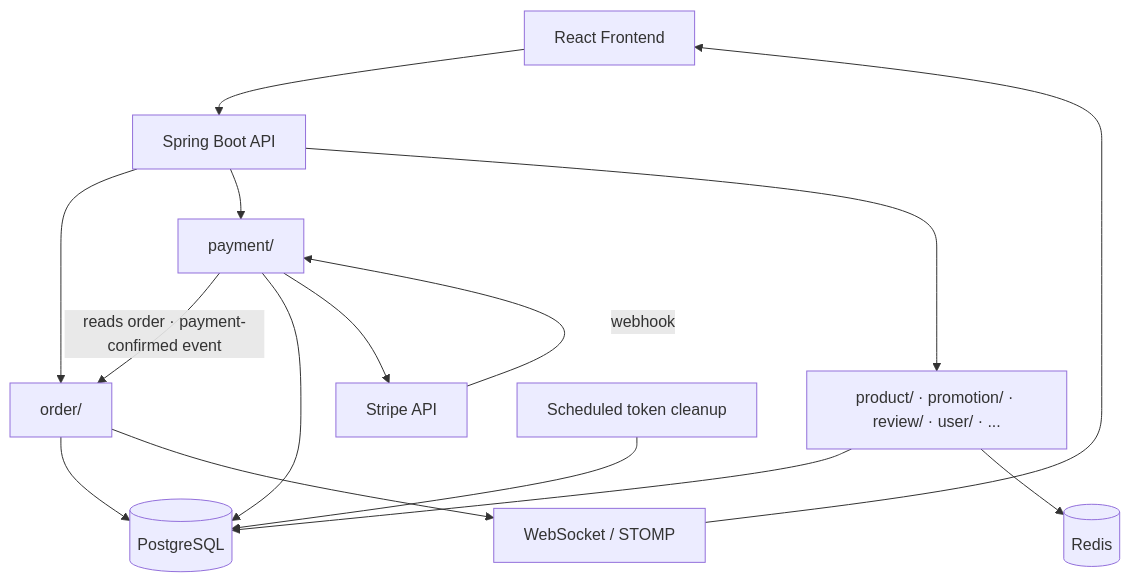
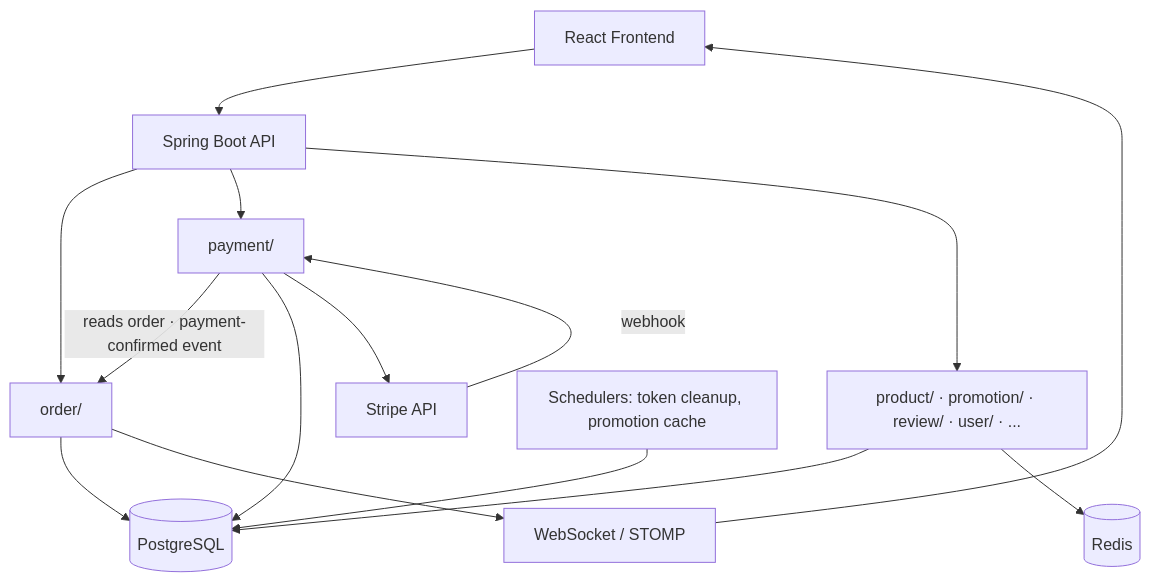
One commit to AntonBas/sushi-shop changed the diagram in README.md. Above: the diagram before and after it, drawn with Mermaid. The commit also changed other lines of this file and 2 other files, not shown here.

````diff
--- a/README.md
+++ b/README.md
@@ -99,24 +98,24 @@
 ```mermaid
 flowchart TD
     A[React Frontend] --> B[Spring Boot API]
 
     B --> OR["order/"]
     B --> PY["payment/"]
     B --> RS["product/ · promotion/ · review/ · user/ · ..."]
 
     PY -->|reads order · payment-confirmed event| OR
 
     OR --> DB[(PostgreSQL)]
     PY --> DB
     RS --> DB
 
     RS --> CACHE[(Redis)]
 
     PY --> ST[Stripe API]
     ST -->|webhook| PY
 
     OR --> WS[WebSocket / STOMP]
     WS --> A
 
-    S["Scheduled token cleanup"] --> DB
+    S["Schedulers: token cleanup, promotion cache"] --> DB
 ```
````
